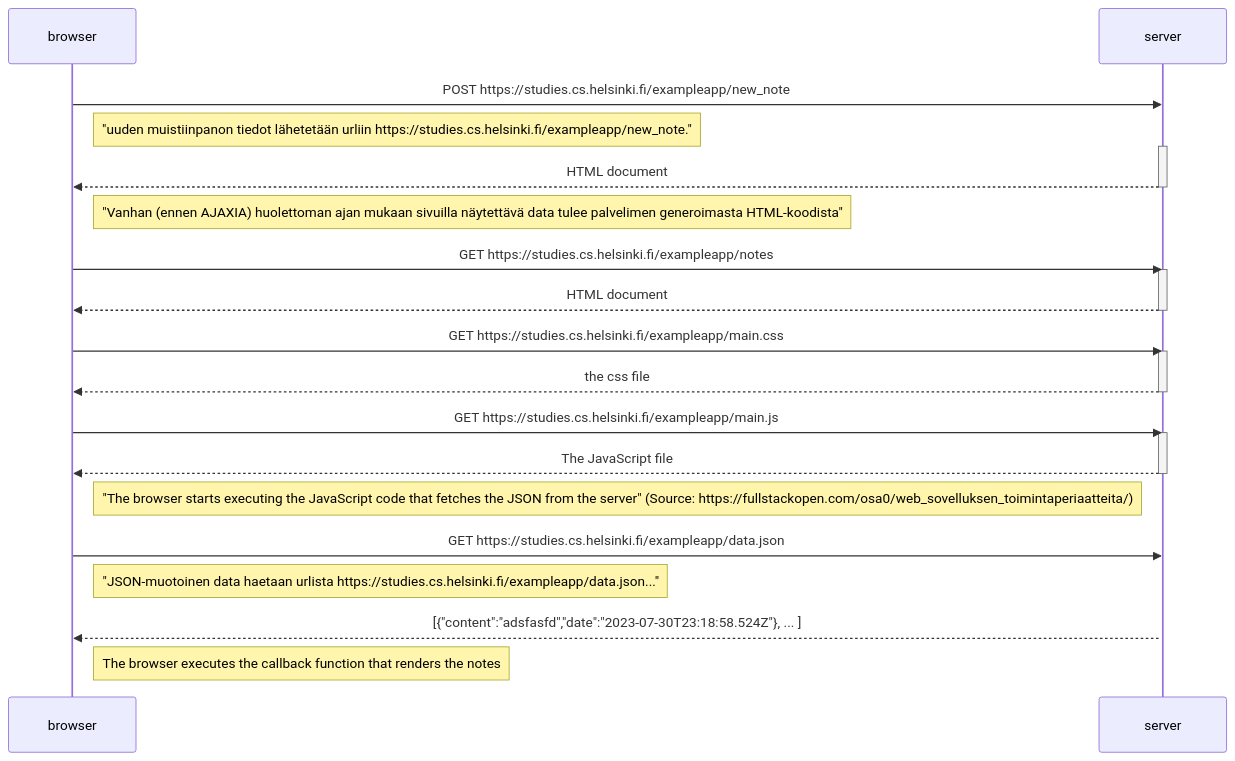
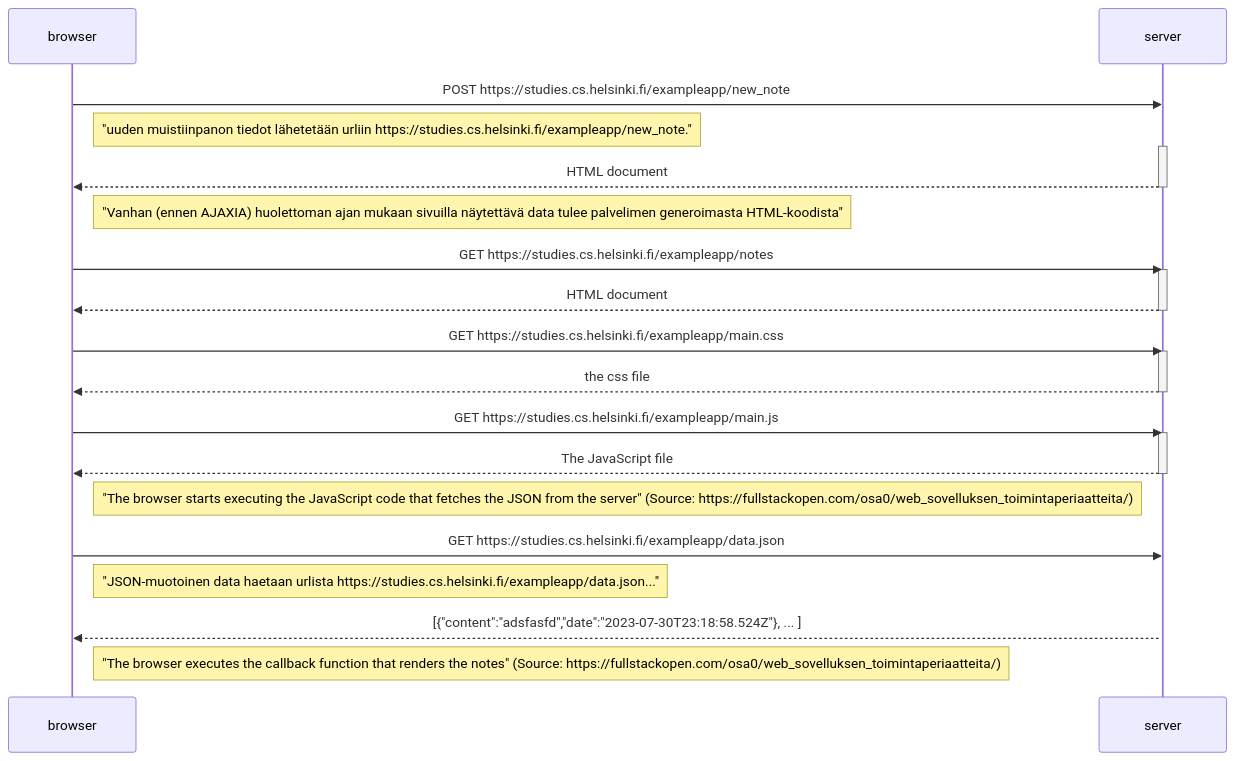
One commit to alelikak/fullstackopen changed the diagram in 04.md. Above: the diagram before and after it, drawn with Mermaid.

````diff
--- a/04.md
+++ b/04.md
@@ -1,37 +1,37 @@
 ```mermaid
 sequenceDiagram
     participant browser
     participant server
 
     browser->>server: POST https://studies.cs.helsinki.fi/exampleapp/new_note
     Note right of browser:"uuden muistiinpanon tiedot lähetetään urliin https://studies.cs.helsinki.fi/exampleapp/new_note."
     activate server
     server-->>browser: HTML document
     deactivate server
     Note right of browser:"Vanhan (ennen AJAXIA) huolettoman ajan mukaan sivuilla näytettävä data tulee palvelimen generoimasta HTML-koodista"
     
     browser->>server: GET https://studies.cs.helsinki.fi/exampleapp/notes
     activate server
     server-->>browser: HTML document
     deactivate server
     
     browser->>server: GET https://studies.cs.helsinki.fi/exampleapp/main.css
     activate server
     server-->>browser: the css file
     deactivate server
     
     
     browser->>server: GET https://studies.cs.helsinki.fi/exampleapp/main.js
     activate server
     server-->>browser: The JavaScript file
     deactivate server    
 
     Note right of browser: "The browser starts executing the JavaScript code that fetches the JSON from the server" (Source: https://fullstackopen.com/osa0/web_sovelluksen_toimintaperiaatteita/)
     
 
     browser->>server: GET https://studies.cs.helsinki.fi/exampleapp/data.json
 Note right of browser: "JSON-muotoinen data haetaan urlista https://studies.cs.helsinki.fi/exampleapp/data.json..."
     activate server
     server-->>browser: [{"content":"adsfasfd","date":"2023-07-30T23:18:58.524Z"}, ... ]
-    Note right of browser: The browser executes the callback function that renders the notes 
+    Note right of browser: "The browser executes the callback function that renders the notes" (Source: https://fullstackopen.com/osa0/web_sovelluksen_toimintaperiaatteita/)
 ```
````
